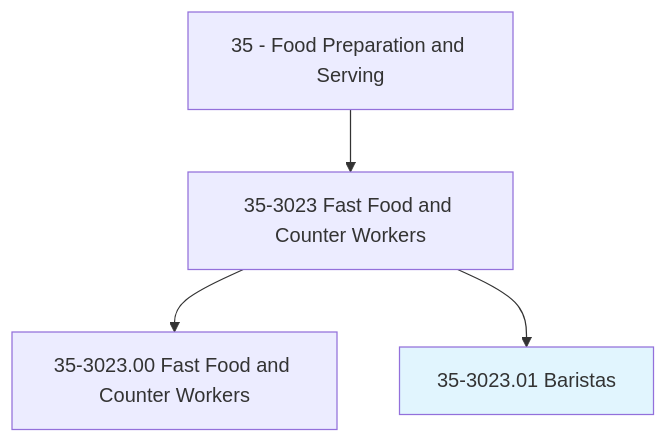
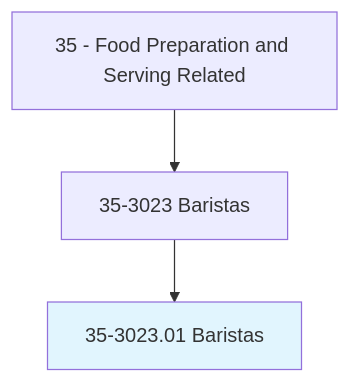
The first of 4 diagrams in occupations/FoodService/Baristas.mdx (kziemski/business.org.ai), drawn with Mermaid before and after one commit. The commit also changed other lines of this file and 938 other files, not shown here.

````diff
--- a/occupations/FoodService/Baristas.mdx
+++ b/occupations/FoodService/Baristas.mdx
@@ -19,7 +23,6 @@
 ```mermaid
 graph TD
-    Cat35["35 - Food Preparation and Serving"] --> Group353023["35-3023 Fast Food and Counter Workers"]
-    Group353023 --> Base["35-3023.00 Fast Food and Counter Workers"]
+    Cat35["35 - Food Preparation and Serving Related"] --> Group353023["35-3023 Baristas"]
     Group353023 --> Current["35-3023.01 Baristas"]
     style Current fill:#e1f5fe
 ```
````
